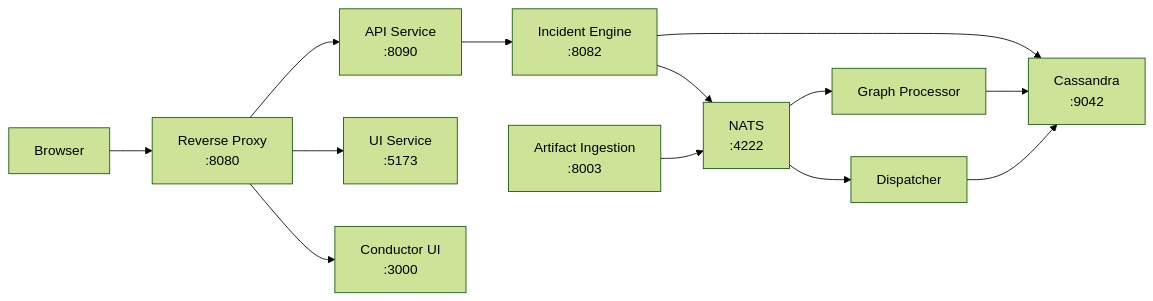
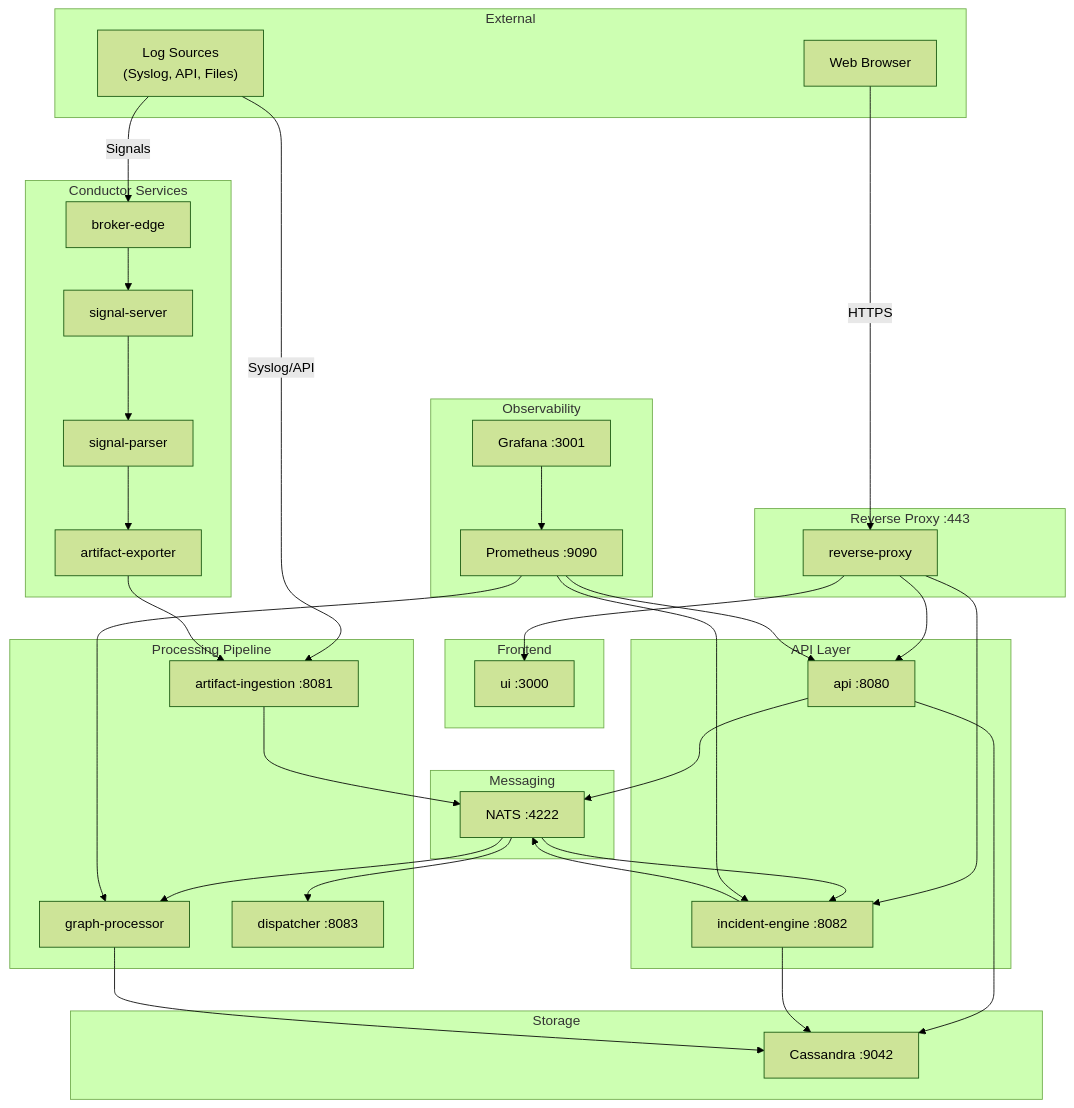
One commit to witfoo/analytics-docs changed the first of 2 diagrams in docs/getting-started/architecture.md. Above: the diagram before and after it, drawn with Mermaid (forest theme). The commit also changed other lines of this file and 4 other files, not shown here.

````diff
--- a/docs/getting-started/architecture.md
+++ b/docs/getting-started/architecture.md
@@ -7,15 +9,75 @@
 ```mermaid
-graph LR
-    Browser["Browser"] --> RP["Reverse Proxy<br/>:8080"]
-    RP --> API["API Service<br/>:8090"]
-    RP --> UI["UI Service<br/>:5173"]
-    RP --> CUI["Conductor UI<br/>:3000"]
-    API --> IE["Incident Engine<br/>:8082"]
-    IE --> Cassandra["Cassandra<br/>:9042"]
-    IE --> NATS["NATS<br/>:4222"]
-    AI["Artifact Ingestion<br/>:8003"] --> NATS
-    NATS --> GP["Graph Processor"]
-    NATS --> Dispatcher["Dispatcher"]
-    GP --> Cassandra
-    Dispatcher --> Cassandra
+graph TB
+    subgraph External["External"]
+        Browser["Web Browser"]
+        LogSources["Log Sources<br/>(Syslog, API, Files)"]
+    end
+
+    subgraph ReverseProxy["Reverse Proxy :443"]
+        RP["reverse-proxy"]
+    end
+
+    subgraph Frontend["Frontend"]
+        UI["ui :3000"]
+    end
+
+    subgraph API_Layer["API Layer"]
+        API["api :8080"]
+        IE["incident-engine :8082"]
+    end
+
+    subgraph Processing["Processing Pipeline"]
+        AI["artifact-ingestion :8081"]
+        GP["graph-processor"]
+        DISP["dispatcher :8083"]
+    end
+
+    subgraph Messaging["Messaging"]
+        NATS["NATS :4222"]
+    end
+
+    subgraph Storage["Storage"]
+        CASS["Cassandra :9042"]
+    end
+
+    subgraph Observability["Observability"]
+        PROM["Prometheus :9090"]
+        GRAF["Grafana :3001"]
+    end
+
+    subgraph Conductor["Conductor Services"]
+        BE["broker-edge"]
+        SS["signal-server"]
+        SP["signal-parser"]
+        AE["artifact-exporter"]
+    end
+
+    Browser -->|HTTPS| RP
+    LogSources -->|Syslog/API| AI
+    LogSources -->|Signals| BE
+
+    RP --> UI
+    RP --> API
+    RP --> IE
+
+    API --> CASS
+    API --> NATS
+    IE --> CASS
+    IE --> NATS
+
+    AI --> NATS
+    NATS --> GP
+    GP --> CASS
+    NATS --> IE
+    NATS --> DISP
+
+    BE --> SS
+    SS --> SP
+    SP --> AE
+    AE --> AI
+
+    PROM --> API
+    PROM --> IE
+    PROM --> GP
+    GRAF --> PROM
 ```
````
